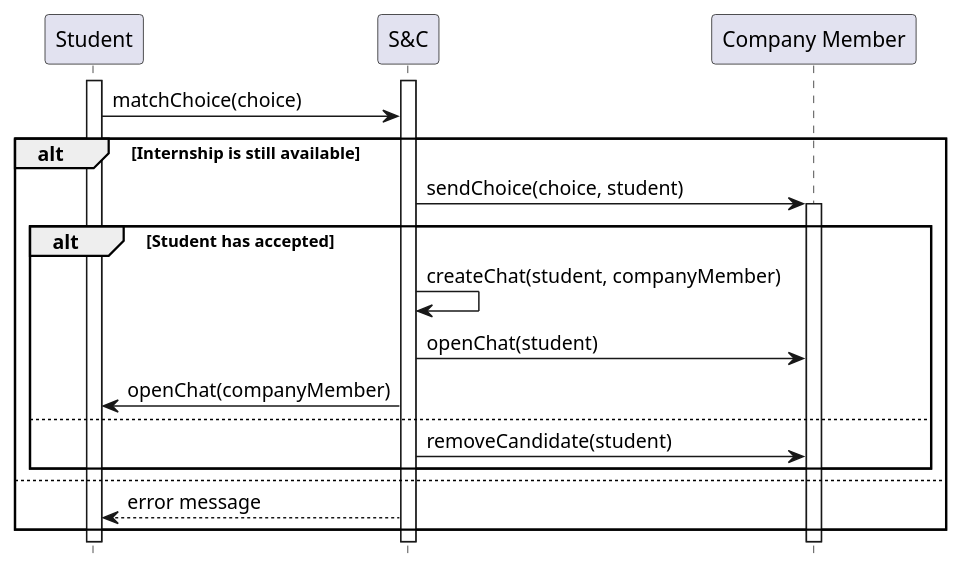
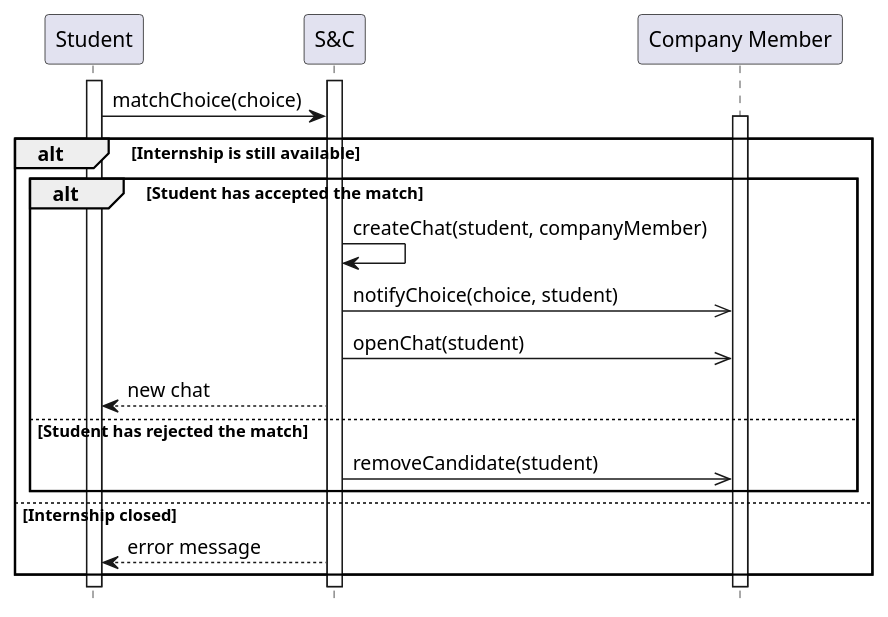
One commit to matti8702/R_and_DD_project_SE2 changed the diagram in RASD/Specific_requirements/uml_diagrams/UC16_diagram.puml. Above: the diagram before and after it, drawn with PlantUML. The commit also changed 12 other files, not shown here.

```diff
--- a/RASD/Specific_requirements/uml_diagrams/UC16_diagram.puml
+++ b/RASD/Specific_requirements/uml_diagrams/UC16_diagram.puml
@@ -1,24 +1,24 @@
 @startuml UC16_diagram
 hide footbox
 
 participant "Student" as ST
 participant "S&C" AS S
 participant "Company Member" as CM
 
 activate ST
 activate S
 ST -> S: matchChoice(choice)
 alt Internship is still available
-    S -> CM : sendChoice(choice, student)
     activate CM
-    alt Student has accepted
+    alt Student has accepted the match
         S -> S  : createChat(student, companyMember)
-        S -> CM : openChat(student)
-        S -> ST : openChat(companyMember)
-    else 
-        S -> CM : removeCandidate(student)
+        S ->> CM : notifyChoice(choice, student)
+        S ->> CM : openChat(student)
+        S --> ST : new chat
+    else Student has rejected the match
+        S ->> CM : removeCandidate(student)
     end
-else 
+else Internship closed
     S --> ST: error message
 end
 @enduml
```
